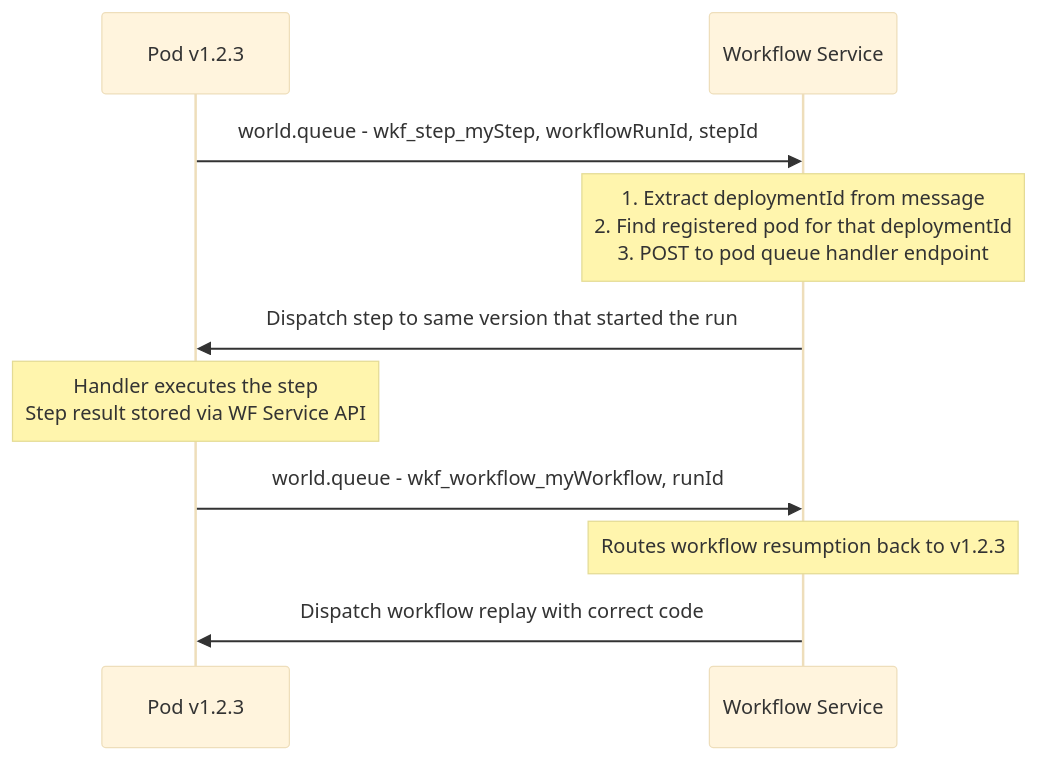
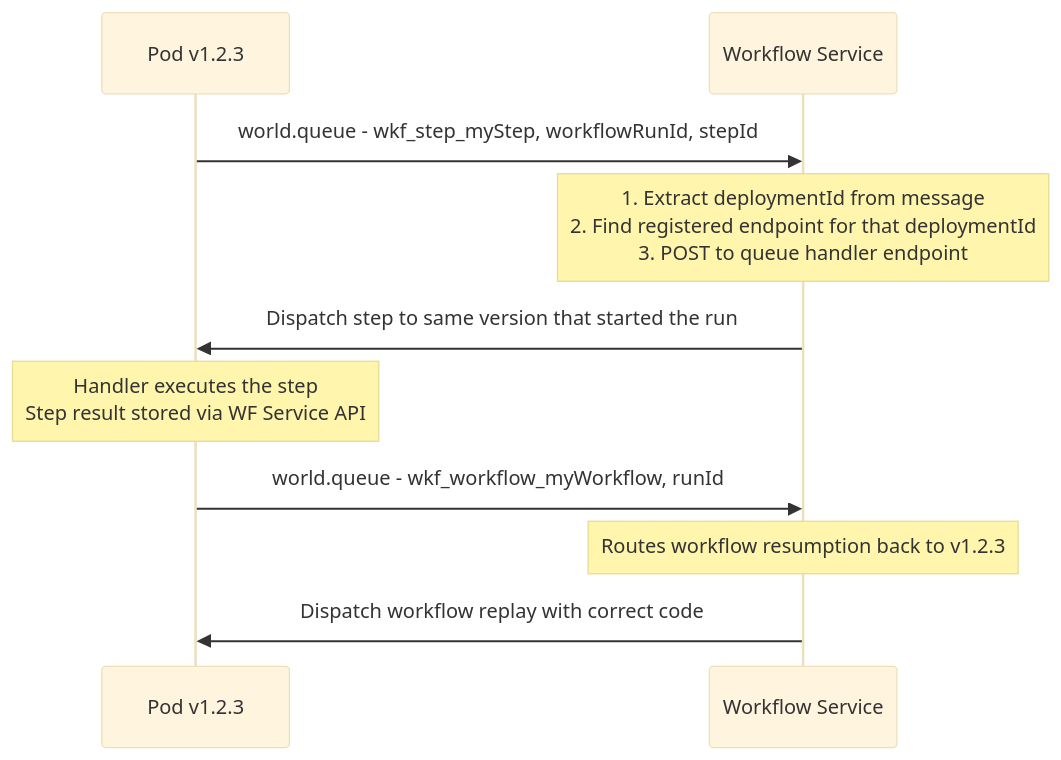
Before and after one commit to platformatic/platformatic-world: the third of 8 diagrams in PLATFORMATIC-WORLD-DESIGN.md, drawn with Mermaid (base theme). The commit also changed other lines of this file and 17 other files, not shown here.

````diff
--- a/PLATFORMATIC-WORLD-DESIGN.md
+++ b/PLATFORMATIC-WORLD-DESIGN.md
@@ -669,13 +669,13 @@
 ```mermaid
 sequenceDiagram
     participant Pod as Pod v1.2.3
     participant WFS as Workflow Service
 
     Pod->>WFS: world.queue - wkf_step_myStep, workflowRunId, stepId
-    Note over WFS: 1. Extract deploymentId from message<br/>2. Find registered pod for that deploymentId<br/>3. POST to pod queue handler endpoint
+    Note over WFS: 1. Extract deploymentId from message<br/>2. Find registered endpoint for that deploymentId<br/>3. POST to queue handler endpoint
     WFS->>Pod: Dispatch step to same version that started the run
     Note over Pod: Handler executes the step<br/>Step result stored via WF Service API
     Pod->>WFS: world.queue - wkf_workflow_myWorkflow, runId
     Note over WFS: Routes workflow resumption back to v1.2.3
     WFS->>Pod: Dispatch workflow replay with correct code
 ```
````
